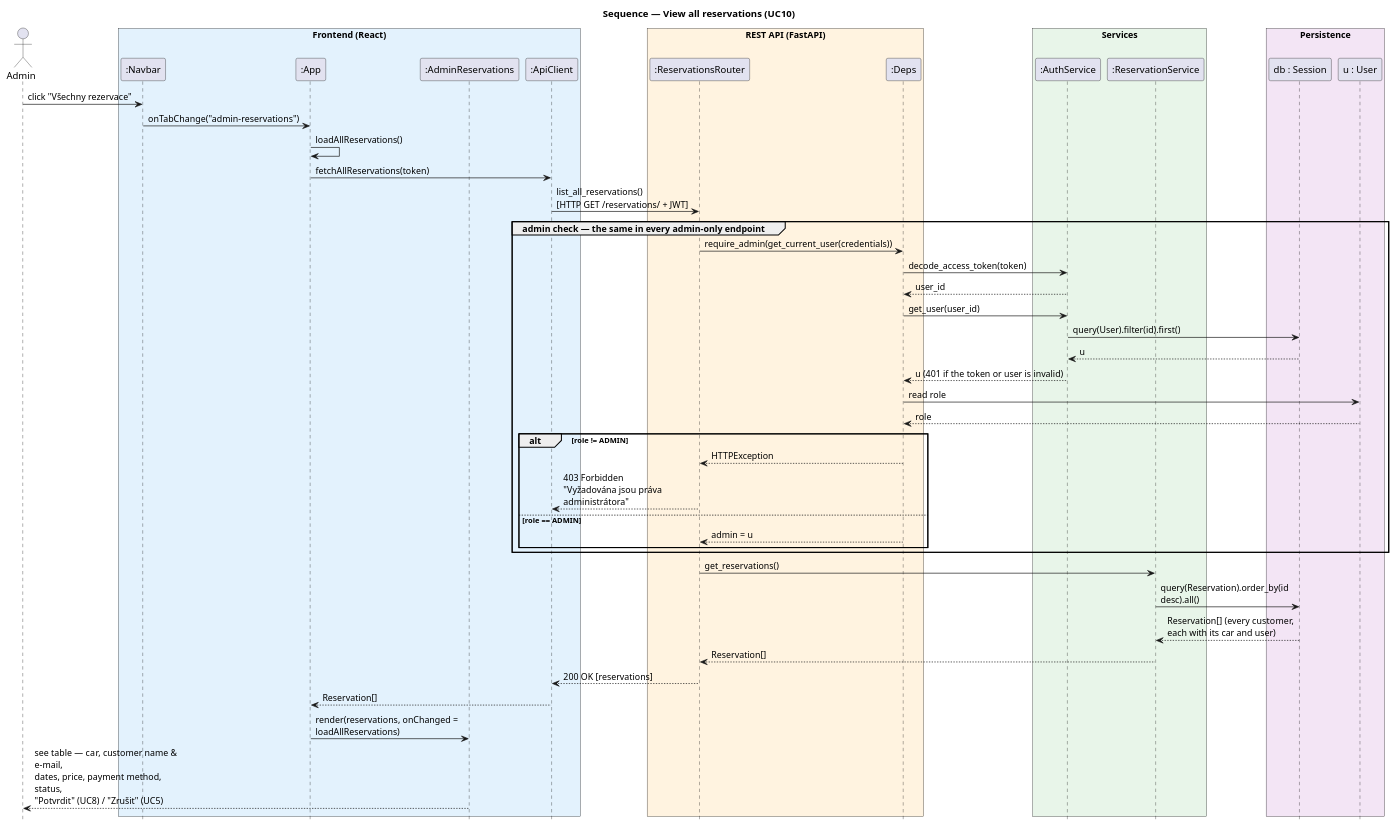
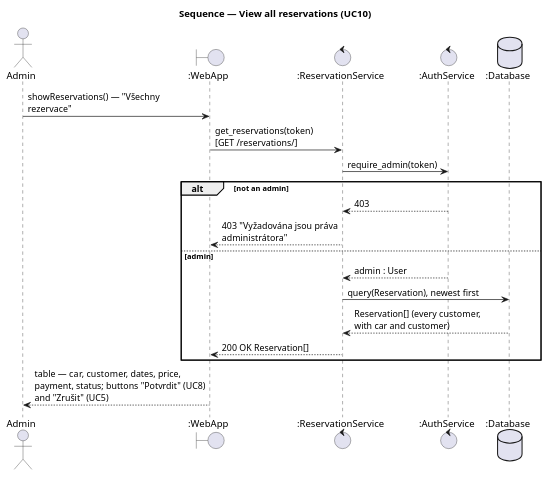
The diagram in docs/diagrams/sequence-view-all-reservations.puml (DavidMagyarics/CarRentalVSB), drawn with PlantUML before and after one commit. The commit also changed 13 other files, not shown here.

Commit message:
docs: simplify the class and sequence diagrams to the main boundary, control and entity classes

```diff
--- a/docs/diagrams/sequence-view-all-reservations.puml
+++ b/docs/diagrams/sequence-view-all-reservations.puml
@@ -1,60 +1,27 @@
 @startuml sequence-view-all-reservations
 skinparam backgroundColor white
 skinparam responseMessageBelowArrow true
-skinparam maxMessageSize 220
-hide footbox
+skinparam maxMessageSize 260
 title Sequence — View all reservations (UC10)
+actor Admin
+boundary ":WebApp" as Web
+control ":ReservationService" as Res
+control ":AuthService" as Auth
+database ":Database" as DB
 
-actor Admin
-box "Frontend (React)" #E3F2FD
-  participant ":Navbar" as Navbar
-  participant ":App" as App
-  participant ":AdminReservations" as AdminRes
-  participant ":ApiClient" as ApiClient
-end box
-box "REST API (FastAPI)" #FFF3E0
-  participant ":ReservationsRouter" as ResRouter
-  participant ":Deps" as Deps
-end box
-box "Services" #E8F5E9
-  participant ":AuthService" as AuthService
-  participant ":ReservationService" as ResService
-end box
-box "Persistence" #F3E5F5
-  participant "db : Session" as DB
-  participant "u : User" as U
-end box
+Admin -> Web : showReservations() — "Všechny rezervace"
+Web -> Res : get_reservations(token)\n[GET /reservations/]
+Res -> Auth : require_admin(token)
 
-Admin -> Navbar : click "Všechny rezervace"
-Navbar -> App : onTabChange("admin-reservations")
-App -> App : loadAllReservations()
-App -> ApiClient : fetchAllReservations(token)
-ApiClient -> ResRouter : list_all_reservations()\n[HTTP GET /reservations/ + JWT]
-
-group admin check — the same in every admin-only endpoint
-  ResRouter -> Deps : require_admin(get_current_user(credentials))
-  Deps -> AuthService : decode_access_token(token)
-  AuthService --> Deps : user_id
-  Deps -> AuthService : get_user(user_id)
-  AuthService -> DB : query(User).filter(id).first()
-  DB --> AuthService : u
-  AuthService --> Deps : u (401 if the token or user is invalid)
-  Deps -> U : read role
-  U --> Deps : role
-  alt role != ADMIN
-    Deps --> ResRouter : HTTPException
-    ResRouter --> ApiClient : 403 Forbidden\n"Vyžadována jsou práva administrátora"
-  else role == ADMIN
-    Deps --> ResRouter : admin = u
-  end
+alt not an admin
+  Auth --> Res : 403
+  Res --> Web : 403 "Vyžadována jsou práva administrátora"
+else admin
+  Auth --> Res : admin : User
+  Res -> DB : query(Reservation), newest first
+  DB --> Res : Reservation[] (every customer,\nwith car and customer)
+  Res --> Web : 200 OK Reservation[]
 end
 
-ResRouter -> ResService : get_reservations()
-ResService -> DB : query(Reservation).order_by(id desc).all()
-DB --> ResService : Reservation[] (every customer,\neach with its car and user)
-ResService --> ResRouter : Reservation[]
-ResRouter --> ApiClient : 200 OK [reservations]
-ApiClient --> App : Reservation[]
-App -> AdminRes : render(reservations, onChanged = loadAllReservations)
-AdminRes --> Admin : see table — car, customer name & e-mail,\ndates, price, payment method, status,\n"Potvrdit" (UC8) / "Zrušit" (UC5)
+Web --> Admin : table — car, customer, dates, price,\npayment, status; buttons "Potvrdit" (UC8)\nand "Zrušit" (UC5)
 @enduml
```
